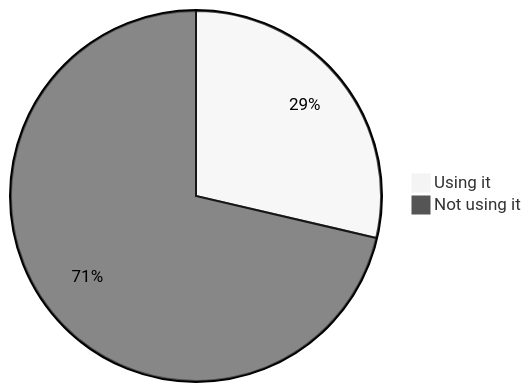
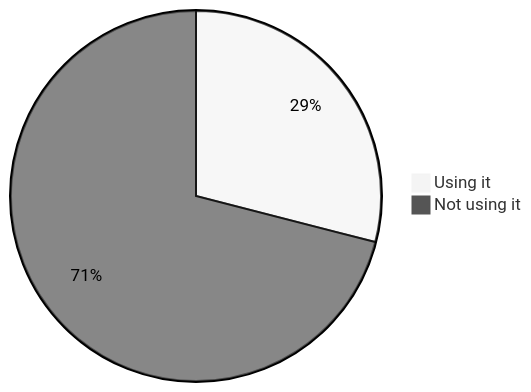
One commit to oshp/oshp-stats changed diagram 15 of 22 in stats.md. Above: the diagram before and after it, drawn with Mermaid (neutral theme). The commit also changed other lines of this file, not shown here.

````diff
--- a/stats.md
+++ b/stats.md
@@ -178,6 +178,6 @@
 ```mermaid
 pie
-	"Using it" : 28.64
-	"Not using it" : 71.36
+	"Using it" : 29.0
+	"Not using it" : 71.0
 
 ```
````
